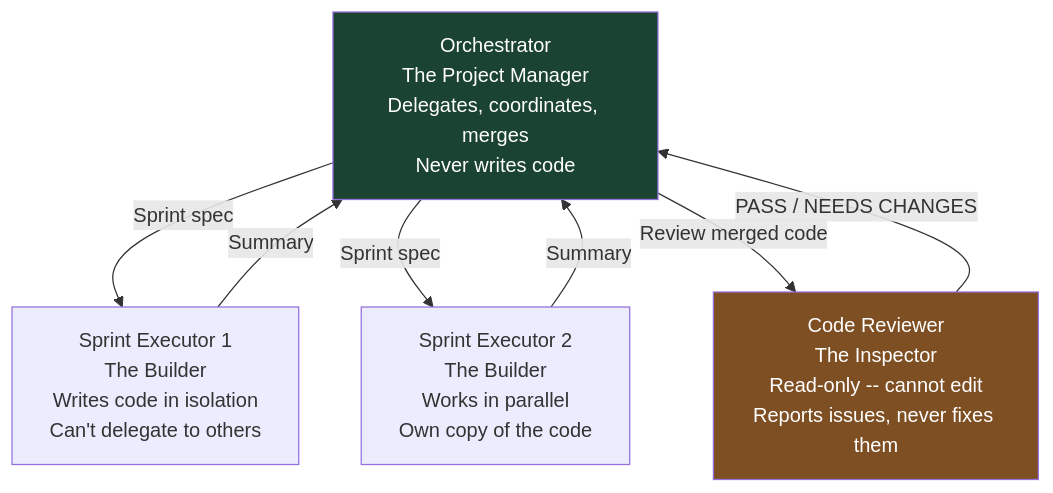
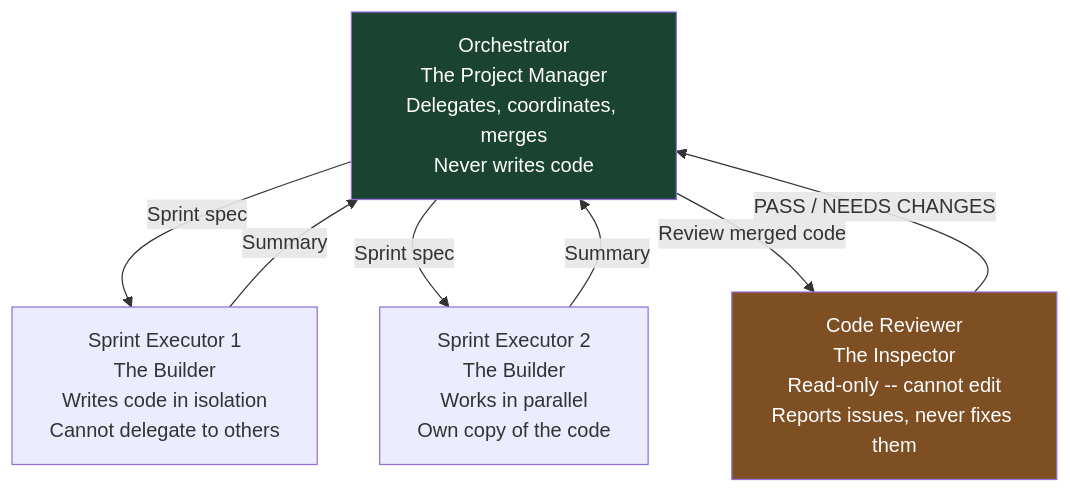
Before and after one commit to vinicius91carvalho/tail-f-thoughts-blog: the third of 5 diagrams in articles/published/self-improving-engineering-system-claude-code.md, drawn with Mermaid. The commit also changed other lines of this file and 1 other file, not shown here.

Commit message:
fix: Remove apostrophe from mermaid diagram breaking Hashnode render
Hashnode's mermaid v11.12.2 cannot parse apostrophes inside node labels.
Changed Can't to Cannot in agents diagram and added Hashnode mermaid
rules to CLAUDE.md to prevent this in future articles.

````diff
--- a/articles/published/self-improving-engineering-system-claude-code.md
+++ b/articles/published/self-improving-engineering-system-claude-code.md
@@ -144,14 +144,14 @@
 ```mermaid
 graph TD
     O["Orchestrator<br/>The Project Manager<br/>Delegates, coordinates, merges<br/>Never writes code"]
-    O -->|"Sprint spec"| E1["Sprint Executor 1<br/>The Builder<br/>Writes code in isolation<br/>Can't delegate to others"]
+    O -->|"Sprint spec"| E1["Sprint Executor 1<br/>The Builder<br/>Writes code in isolation<br/>Cannot delegate to others"]
     O -->|"Sprint spec"| E2["Sprint Executor 2<br/>The Builder<br/>Works in parallel<br/>Own copy of the code"]
     O -->|"Review merged code"| CR["Code Reviewer<br/>The Inspector<br/>Read-only -- cannot edit<br/>Reports issues, never fixes them"]
 
     E1 -->|"Summary"| O
     E2 -->|"Summary"| O
     CR -->|"PASS / NEEDS CHANGES"| O
 
     style O fill:#1b4332,color:#fff
     style CR fill:#7f4f24,color:#fff
 ```
````
